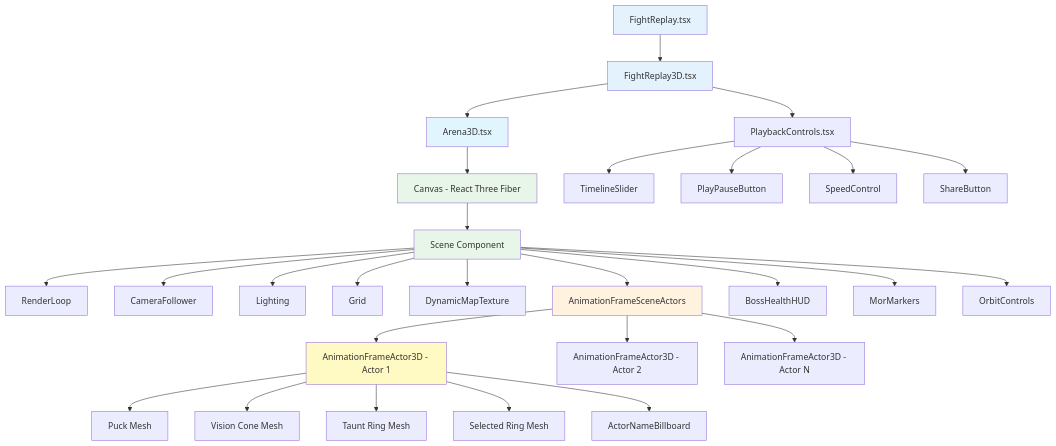
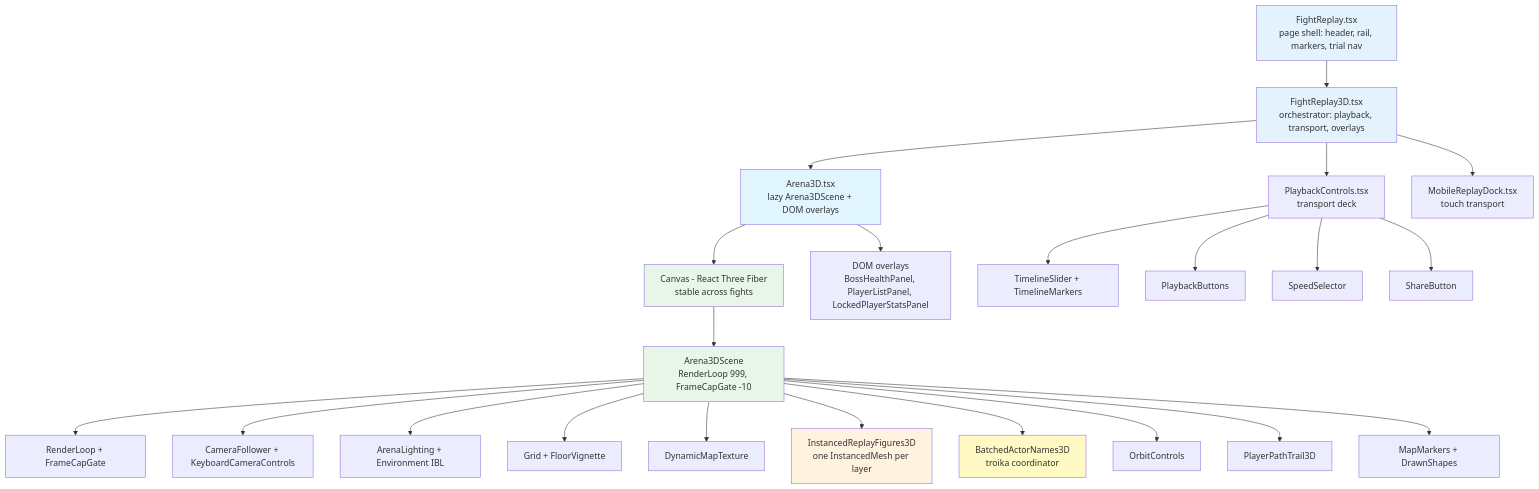
One commit to ESO-Toolkit/eso-toolkit changed the first of 3 diagrams in documentation/architecture/component-hierarchy.md. Above: the diagram before and after it, drawn with Mermaid. The commit also changed other lines of this file and 69 other files, not shown here.

First line of the commit message:
feat(replay): audit fixes across render, shell, trial nav, UX, and docs

````diff
--- a/documentation/architecture/component-hierarchy.md
+++ b/documentation/architecture/component-hierarchy.md
@@ -24,42 +37,36 @@
 ```mermaid
 graph TD
-    A[FightReplay.tsx] --> B[FightReplay3D.tsx]
-    B --> C[Arena3D.tsx]
-    B --> D[PlaybackControls.tsx]
-    
-    C --> E[Canvas - React Three Fiber]
-    E --> F[Scene Component]
-    
-    F --> G[RenderLoop]
-    F --> H[CameraFollower]
-    F --> I[Lighting]
-    F --> J[Grid]
+    A[FightReplay.tsx<br/>page shell: header, rail, markers, trial nav] --> B[FightReplay3D.tsx<br/>orchestrator: playback, transport, overlays]
+    B --> C[Arena3D.tsx<br/>lazy Arena3DScene + DOM overlays]
+    B --> D[PlaybackControls.tsx<br/>transport deck]
+    B --> MOB[MobileReplayDock.tsx<br/>touch transport]
+
+    C --> E[Canvas - React Three Fiber<br/>stable across fights]
+    E --> F[Arena3DScene<br/>RenderLoop 999, FrameCapGate -10]
+
+    F --> G[RenderLoop + FrameCapGate]
+    F --> H[CameraFollower + KeyboardCameraControls]
+    F --> I[ArenaLighting + Environment IBL]
+    F --> J[Grid + FloorVignette]
     F --> K[DynamicMapTexture]
-    F --> L[AnimationFrameSceneActors]
-    F --> M[BossHealthHUD]
-    F --> N[MorMarkers]
+    F --> L[InstancedReplayFigures3D<br/>one InstancedMesh per layer]
+    F --> M[BatchedActorNames3D<br/>troika coordinator]
     F --> O[OrbitControls]
-    
-    L --> P[AnimationFrameActor3D - Actor 1]
-    L --> Q[AnimationFrameActor3D - Actor 2]
-    L --> R[AnimationFrameActor3D - Actor N]
-    
-    P --> S1[Puck Mesh]
-    P --> S2[Vision Cone Mesh]
-    P --> S3[Taunt Ring Mesh]
-    P --> S4[Selected Ring Mesh]
-    P --> S5[ActorNameBillboard]
-    
-    D --> T[TimelineSlider]
-    D --> U[PlayPauseButton]
-    D --> V[SpeedControl]
+    F --> P[PlayerPathTrail3D]
+    F --> Q[MapMarkers + DrawnShapes]
+
+    C --> DOM[DOM overlays<br/>BossHealthPanel, PlayerListPanel, LockedPlayerStatsPanel]
+
+    D --> T[TimelineSlider + TimelineMarkers]
+    D --> U[PlaybackButtons]
+    D --> V[SpeedSelector]
     D --> W[ShareButton]
-    
+
     style A fill:#e3f2fd
     style B fill:#e3f2fd
     style C fill:#e1f5ff
     style E fill:#e8f5e9
     style F fill:#e8f5e9
     style L fill:#fff3e0
-    style P fill:#fff9c4
+    style M fill:#fff9c4
 ```
````
